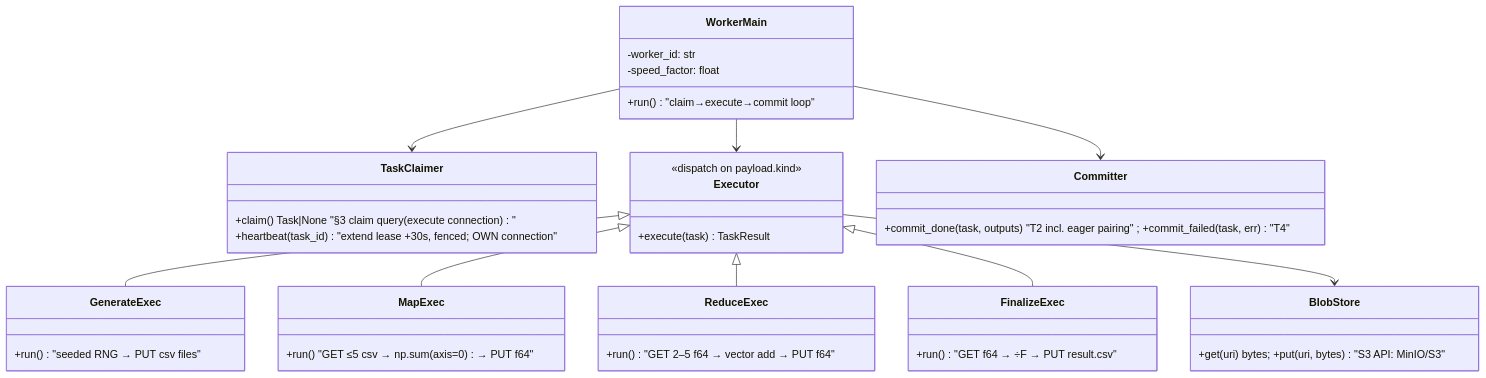
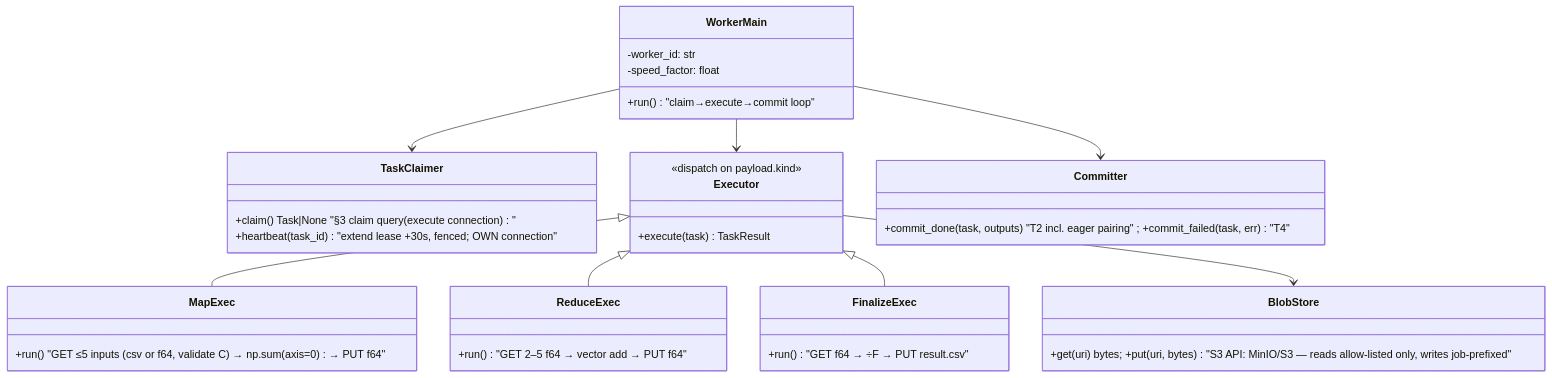
The diagram in Desktop/2026/switch-prep/distributed-mean/docs/v2/03-lld.md (samkit-ti/outreach), drawn with Mermaid before and after one commit. The commit also changed other lines of this file and 18 other files, not shown here.

````diff
--- a/Desktop/2026/switch-prep/distributed-mean/docs/v2/03-lld.md
+++ b/Desktop/2026/switch-prep/distributed-mean/docs/v2/03-lld.md
@@ -435,31 +457,29 @@
 ```mermaid
 classDiagram
     class WorkerMain {
         +run() "claim→execute→commit loop"
         -worker_id: str
         -speed_factor: float
     }
     class TaskClaimer {
         +claim() Task|None  "§3 claim query (execute connection)"
         +heartbeat(task_id) "extend lease +30s, fenced; OWN connection"
     }
     class Executor {
         <<dispatch on payload.kind>>
         +execute(task) TaskResult
     }
-    class GenerateExec { +run() "seeded RNG → PUT csv files" }
-    class MapExec      { +run() "GET ≤5 csv → np.sum(axis=0) → PUT f64" }
+    class MapExec      { +run() "GET ≤5 inputs (csv or f64, validate C) → np.sum(axis=0) → PUT f64" }
     class ReduceExec   { +run() "GET 2–5 f64 → vector add → PUT f64" }
     class FinalizeExec { +run() "GET f64 → ÷F → PUT result.csv" }
-    class BlobStore    { +get(uri) bytes; +put(uri, bytes) "S3 API: MinIO/S3" }
+    class BlobStore    { +get(uri) bytes; +put(uri, bytes) "S3 API: MinIO/S3 — reads allow-listed only, writes job-prefixed" }
     class Committer    { +commit_done(task, outputs) "T2 incl. eager pairing" ; +commit_failed(task, err) "T4" }
 
     WorkerMain --> TaskClaimer
     WorkerMain --> Executor
-    Executor <|-- GenerateExec
     Executor <|-- MapExec
     Executor <|-- ReduceExec
     Executor <|-- FinalizeExec
     Executor --> BlobStore
     WorkerMain --> Committer
 ```
````
